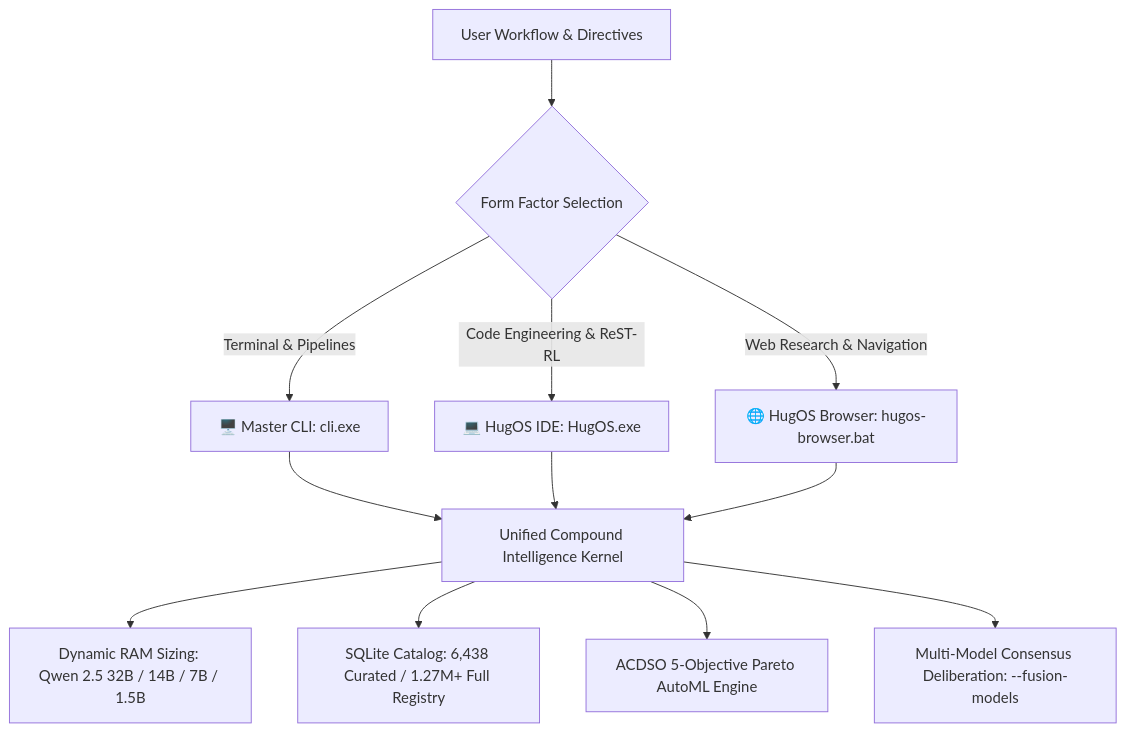
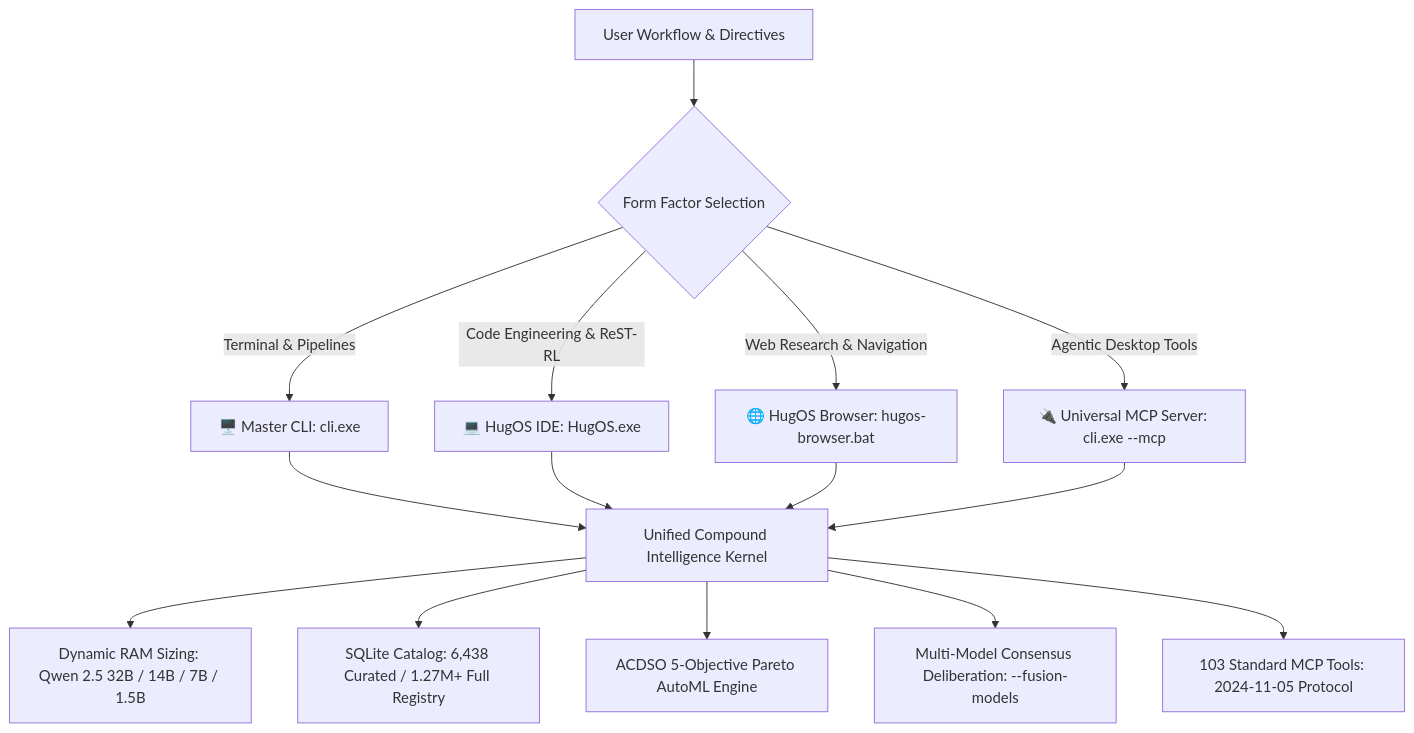
One commit to oyesanyf/ModelFusion changed the first of 5 diagrams in README.md. Above: the diagram before and after it, drawn with Mermaid. The commit also changed other lines of this file and 21 other files, not shown here.

````diff
--- a/README.md
+++ b/README.md
@@ -36,17 +37,20 @@
 ```mermaid
 graph TD
     A[User Workflow & Directives] --> B{Form Factor Selection}
     
     B -->|Terminal & Pipelines| P1[🖥️ Master CLI: cli.exe]
     B -->|Code Engineering & ReST-RL| P2[💻 HugOS IDE: HugOS.exe]
     B -->|Web Research & Navigation| P3[🌐 HugOS Browser: hugos-browser.bat]
+    B -->|Agentic Desktop Tools| P4[🔌 Universal MCP Server: cli.exe --mcp]
     
     P1 --> K[Unified Compound Intelligence Kernel]
     P2 --> K
     P3 --> K
+    P4 --> K
     
     K --> M1[Dynamic RAM Sizing: Qwen 2.5 32B / 14B / 7B / 1.5B]
     K --> M2[SQLite Catalog: 6,438 Curated / 1.27M+ Full Registry]
     K --> M3[ACDSO 5-Objective Pareto AutoML Engine]
     K --> M4[Multi-Model Consensus Deliberation: --fusion-models]
+    K --> M5[103 Standard MCP Tools: 2024-11-05 Protocol]
 ```
````
